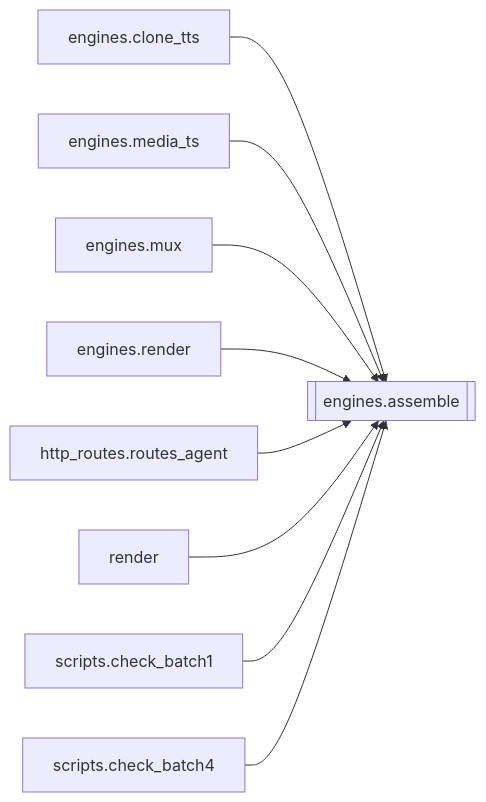
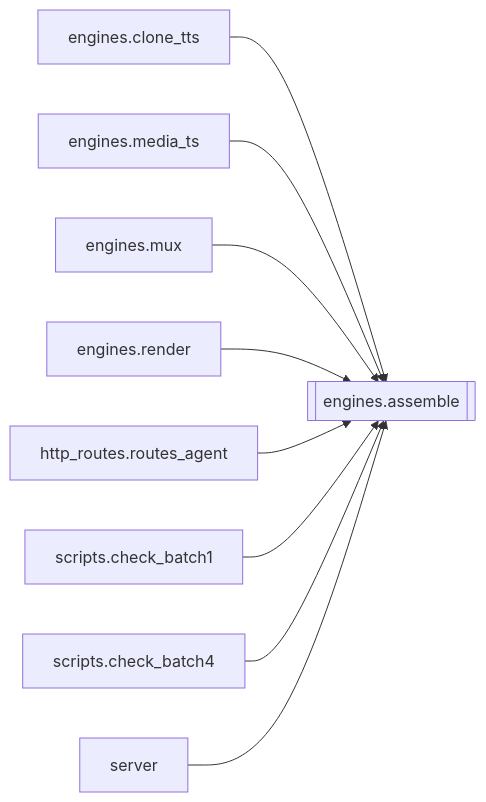
The diagram in docs/brain/modules/engines.assemble.md (kjza178/PinelineV5), drawn with Mermaid before and after one commit. The commit also changed other lines of this file and 227 other files, not shown here.

````diff
--- a/docs/brain/modules/engines.assemble.md
+++ b/docs/brain/modules/engines.assemble.md
@@ -18,12 +18,12 @@
 ```mermaid
 flowchart LR
   engines_assemble[[engines.assemble]]
   engines_clone_tts[engines.clone_tts] --> engines_assemble
   engines_media_ts[engines.media_ts] --> engines_assemble
   engines_mux[engines.mux] --> engines_assemble
   engines_render[engines.render] --> engines_assemble
   http_routes_routes_agent[http_routes.routes_agent] --> engines_assemble
-  render[render] --> engines_assemble
   scripts_check_batch1[scripts.check_batch1] --> engines_assemble
   scripts_check_batch4[scripts.check_batch4] --> engines_assemble
+  server[server] --> engines_assemble
 ```
````
